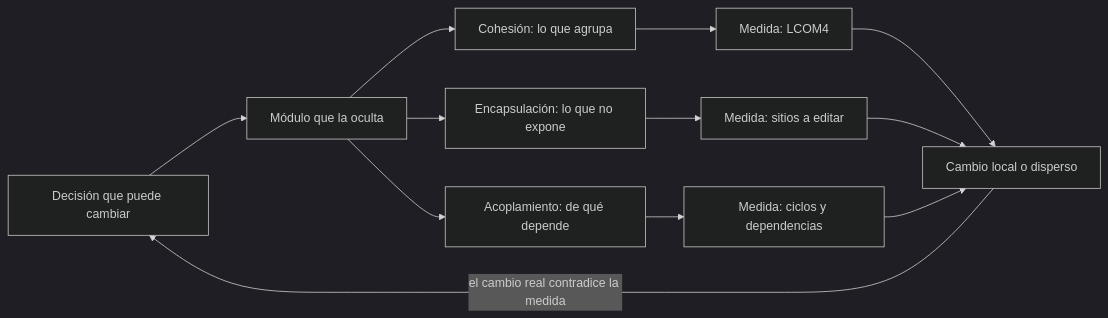
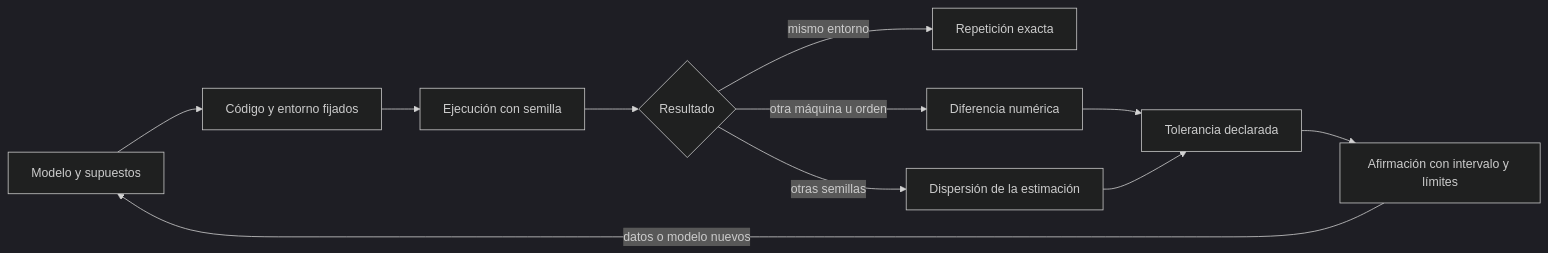
Before and after one commit to vladimiracunadev-create/modern-software-engineering-program: the diagram in content/part-24/SE-289.md, drawn with Mermaid (dark theme). The commit also changed other lines of this file and 5193 other files, not shown here.

````diff
--- a/content/part-24/SE-289.md
+++ b/content/part-24/SE-289.md
@@ -53,14 +53,13 @@
 ```mermaid
 flowchart LR
-    A[Decisión que puede cambiar] --> B[Módulo que la oculta]
-    B --> C[Cohesión: lo que agrupa]
-    B --> D[Encapsulación: lo que no expone]
-    B --> E[Acoplamiento: de qué depende]
-    C --> F[Medida: LCOM4]
-    D --> G[Medida: sitios a editar]
-    E --> H[Medida: ciclos y dependencias]
-    F --> I[Cambio local o disperso]
-    G --> I
-    H --> I
-    I -->|el cambio real contradice la medida| A
+    A[Modelo y supuestos] --> B[Código y entorno fijados]
+    B --> C[Ejecución con semilla]
+    C --> D{Resultado}
+    D -->|mismo entorno| E[Repetición exacta]
+    D -->|otra máquina u orden| F[Diferencia numérica]
+    D -->|otras semillas| G[Dispersión de la estimación]
+    F --> H[Tolerancia declarada]
+    G --> H
+    H --> I[Afirmación con intervalo y límites]
+    I -->|datos o modelo nuevos| A
 ```
````
